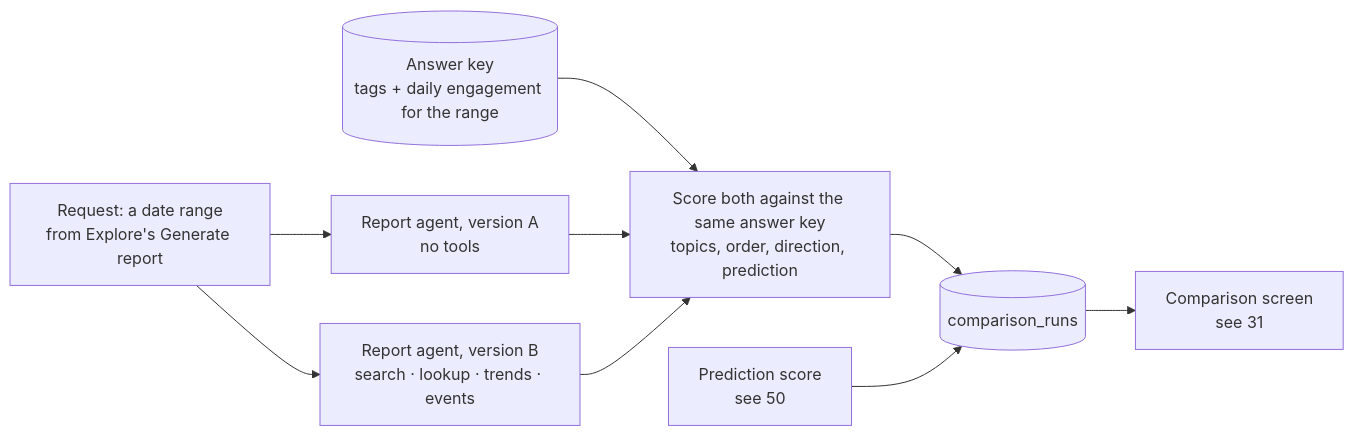
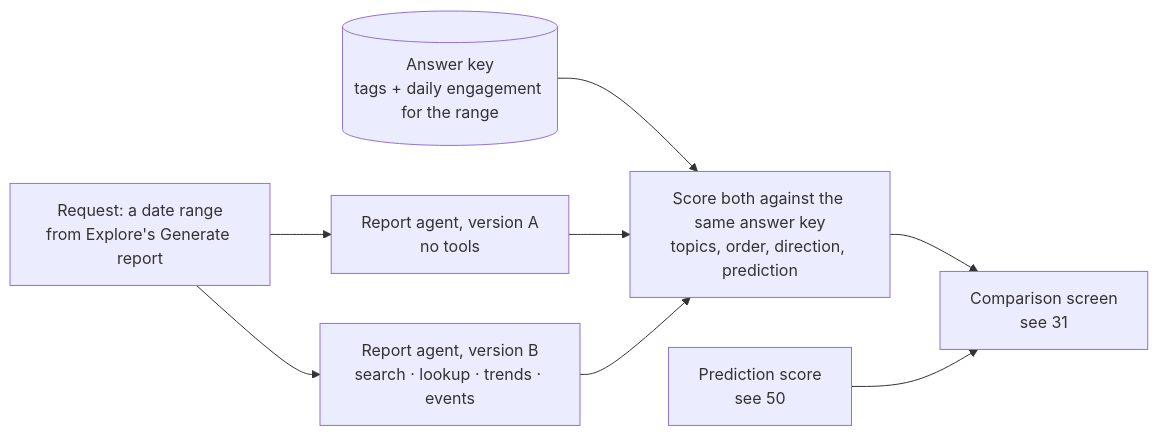
Before and after one commit to brianaderer/transcendent: the diagram in docs/atlas/70-comparison.md, drawn with Mermaid. The commit also changed other lines of this file and 5 other files, not shown here.

Commit message:
Atlas: no run history, stored events, checkpoints or Runs screen (OPEN-24)

````diff
--- a/docs/atlas/70-comparison.md
+++ b/docs/atlas/70-comparison.md
@@ -9,20 +9,18 @@
 ```mermaid
 flowchart LR
     REQ["Request: a date range<br/>from Explore's Generate report"]
     A["Report agent, version A<br/>no tools"]
     B["Report agent, version B<br/>search · lookup · trends · events"]
     MEAS["Score both against the same answer key<br/>topics, order, direction, prediction"]
     KEY[("Answer key<br/>tags + daily engagement for the range")]
     KEY --> MEAS
     BT["Prediction score<br/>see 50"]
-    RUN[("comparison_runs")]
     SCR["Comparison screen<br/>see 31"]
 
     REQ --> A
     REQ --> B
     A --> MEAS
     B --> MEAS
-    MEAS --> RUN
-    BT --> RUN
-    RUN --> SCR
+    MEAS --> SCR
+    BT --> SCR
 ```
````
